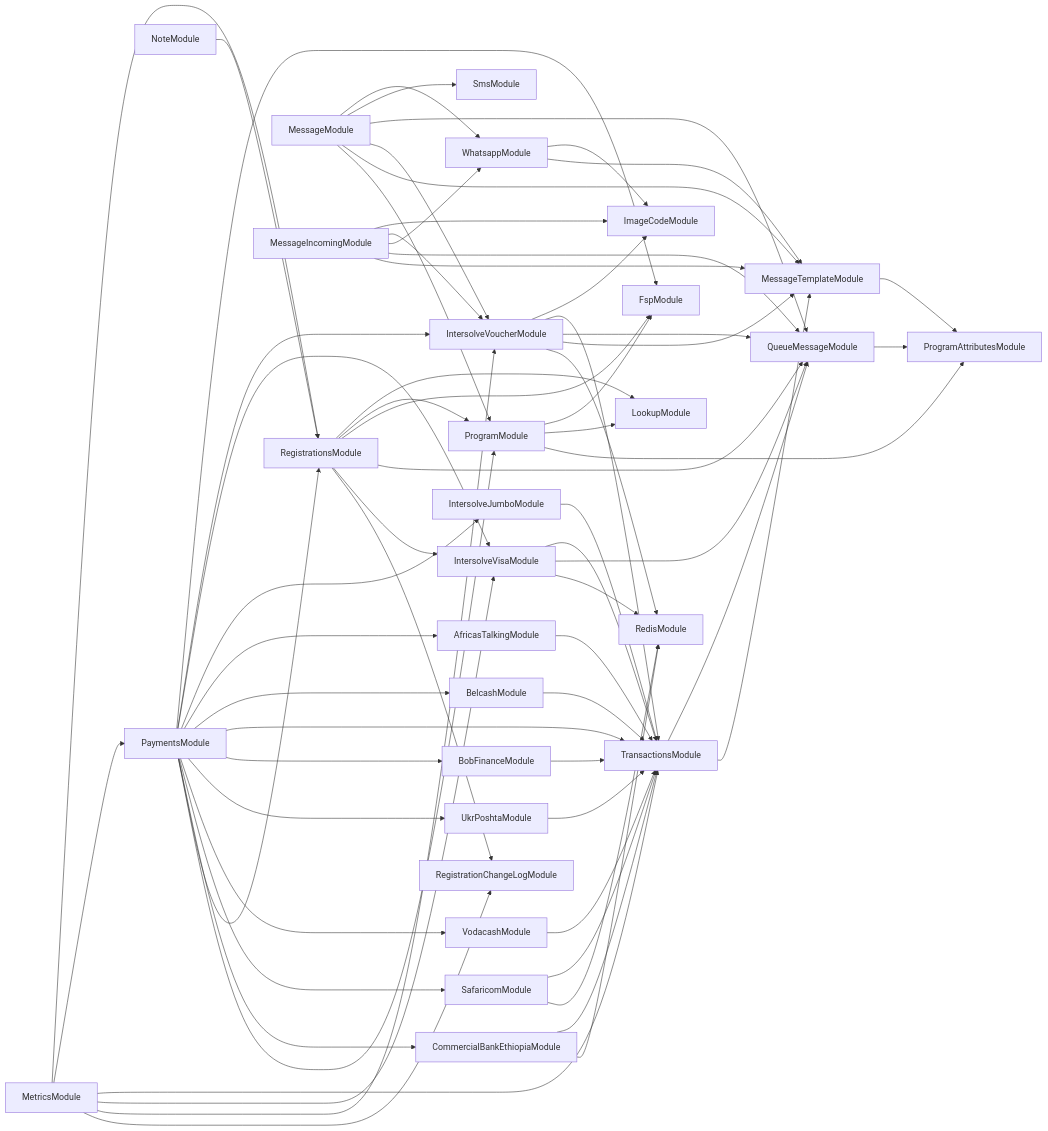
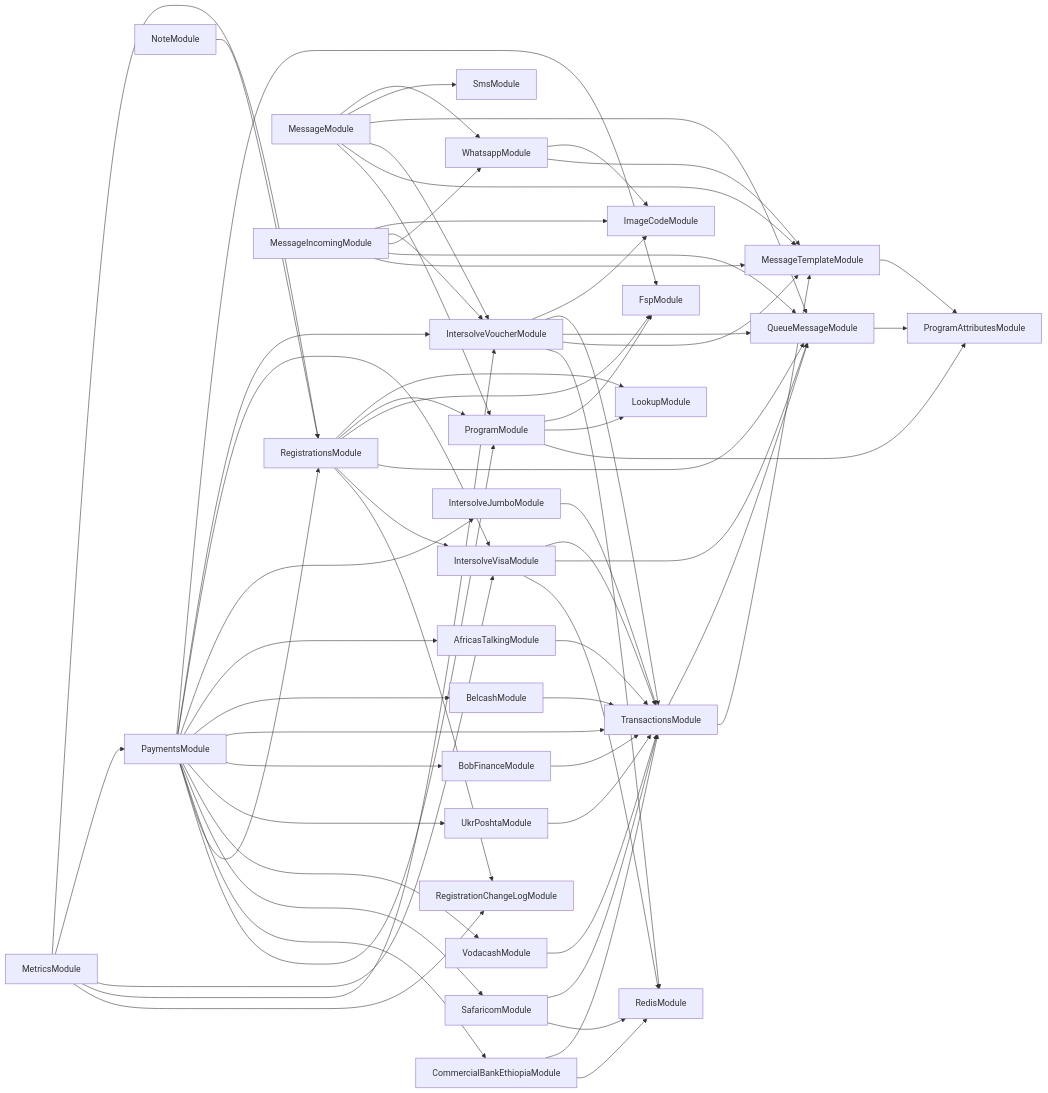
One commit to global-121/121-platform changed the diagram in services/121-service/module-dependencies.md. Above: the diagram before and after it, drawn with Mermaid. The commit also changed 2 other files, not shown here.

Commit message:
fix: rm unused AB#26204

````diff
--- a/services/121-service/module-dependencies.md
+++ b/services/121-service/module-dependencies.md
@@ -3,68 +3,67 @@
 ```mermaid
 graph LR
   ProgramModule-->FspModule
   ProgramModule-->LookupModule
   ProgramModule-->ProgramAttributesModule
   MessageTemplateModule-->ProgramAttributesModule
   RegistrationsModule-->LookupModule
   RegistrationsModule-->ProgramModule
   RegistrationsModule-->FspModule
   RegistrationsModule-->QueueMessageModule
   QueueMessageModule-->ProgramAttributesModule
   RegistrationsModule-->IntersolveVisaModule
   IntersolveVisaModule-->TransactionsModule
   TransactionsModule-->QueueMessageModule
   TransactionsModule-->MessageTemplateModule
   IntersolveVisaModule-->QueueMessageModule
   IntersolveVisaModule-->RedisModule
   RegistrationsModule-->RegistrationChangeLogModule
   MessageModule-->WhatsappModule
   WhatsappModule-->ImageCodeModule
   WhatsappModule-->MessageTemplateModule
   MessageModule-->SmsModule
   MessageModule-->QueueMessageModule
   MessageModule-->IntersolveVoucherModule
   IntersolveVoucherModule-->ImageCodeModule
   IntersolveVoucherModule-->TransactionsModule
   IntersolveVoucherModule-->QueueMessageModule
   IntersolveVoucherModule-->MessageTemplateModule
   IntersolveVoucherModule-->RedisModule
   MessageModule-->MessageTemplateModule
   MessageModule-->ProgramModule
   MetricsModule-->RegistrationsModule
   MetricsModule-->PaymentsModule
   PaymentsModule-->FspModule
   PaymentsModule-->IntersolveVoucherModule
   PaymentsModule-->IntersolveVisaModule
   PaymentsModule-->IntersolveJumboModule
   IntersolveJumboModule-->TransactionsModule
   PaymentsModule-->AfricasTalkingModule
   AfricasTalkingModule-->TransactionsModule
   PaymentsModule-->BelcashModule
   BelcashModule-->TransactionsModule
   PaymentsModule-->TransactionsModule
   PaymentsModule-->BobFinanceModule
   BobFinanceModule-->TransactionsModule
   PaymentsModule-->UkrPoshtaModule
   UkrPoshtaModule-->TransactionsModule
   PaymentsModule-->VodacashModule
   VodacashModule-->TransactionsModule
   PaymentsModule-->SafaricomModule
   SafaricomModule-->TransactionsModule
   SafaricomModule-->RedisModule
   PaymentsModule-->CommercialBankEthiopiaModule
   CommercialBankEthiopiaModule-->TransactionsModule
   CommercialBankEthiopiaModule-->RedisModule
   PaymentsModule-->RegistrationsModule
   PaymentsModule-->ProgramModule
-  MetricsModule-->TransactionsModule
   MetricsModule-->IntersolveVisaModule
   MetricsModule-->IntersolveVoucherModule
   MetricsModule-->RegistrationChangeLogModule
   MessageIncomingModule-->ImageCodeModule
   MessageIncomingModule-->IntersolveVoucherModule
   MessageIncomingModule-->WhatsappModule
   MessageIncomingModule-->QueueMessageModule
   MessageIncomingModule-->MessageTemplateModule
   NoteModule-->RegistrationsModule
 ```
````
